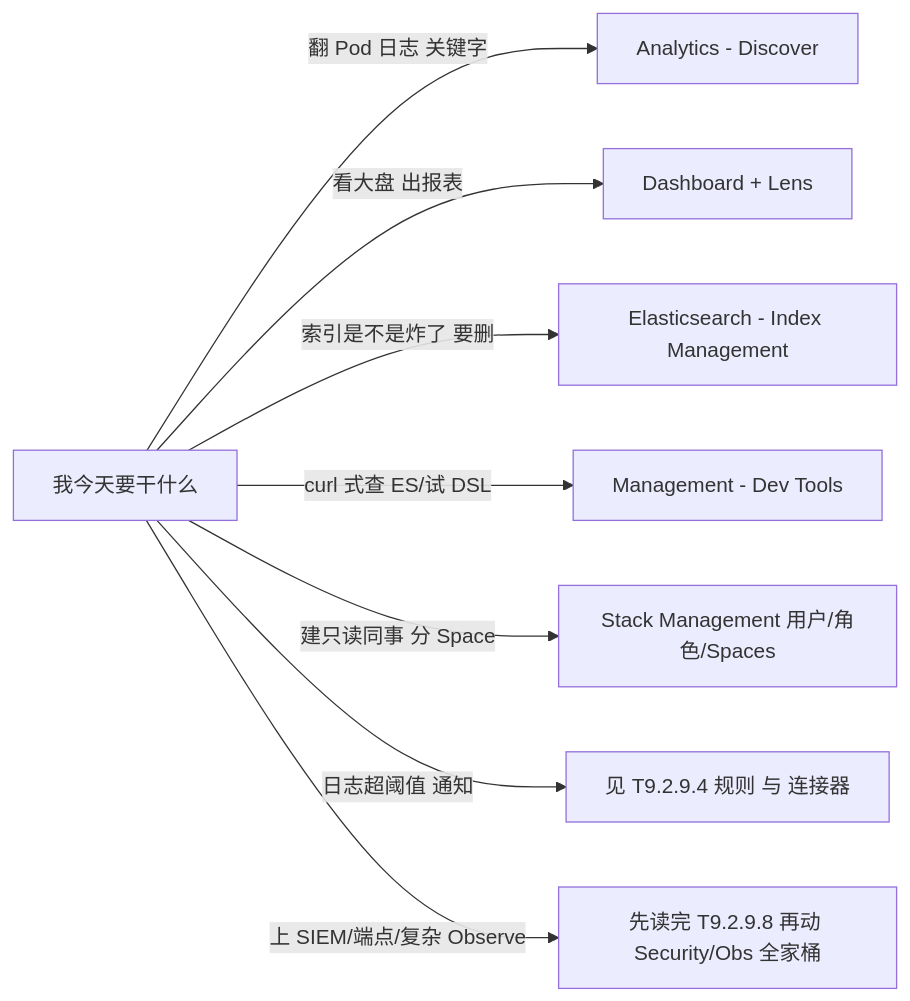
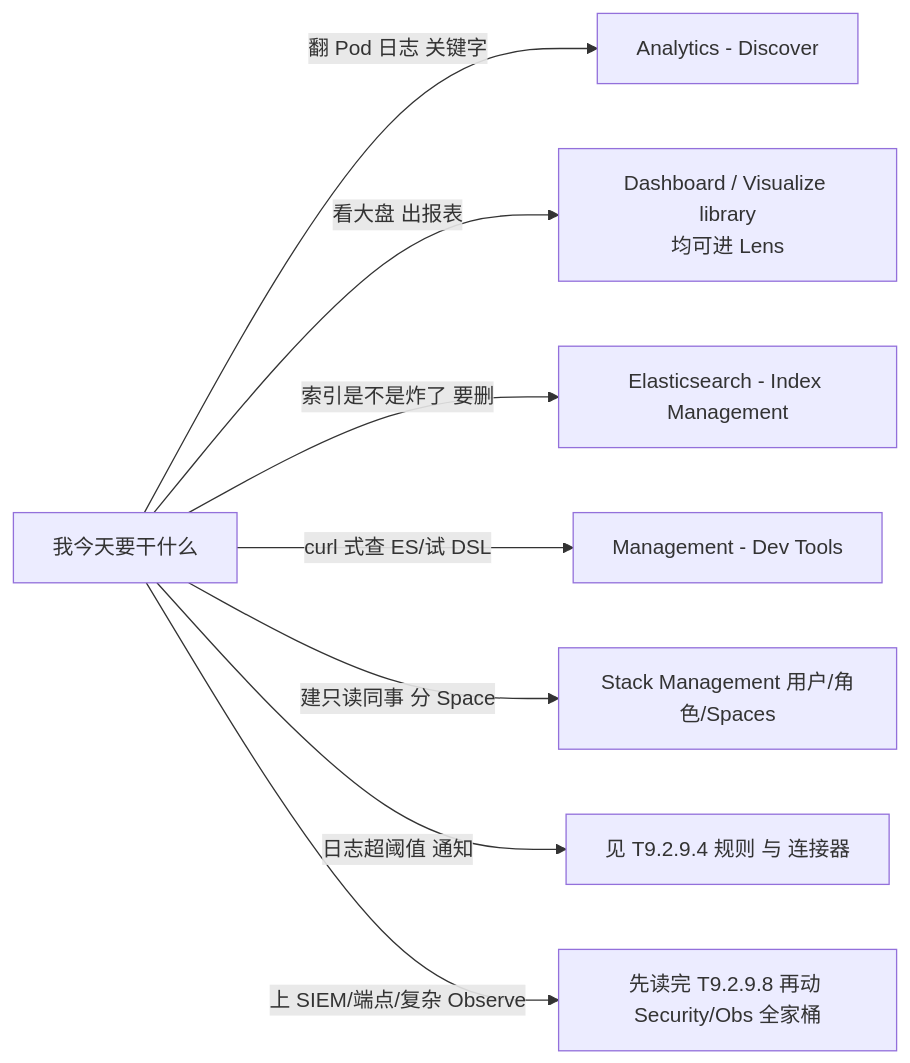
Diagram 16 of 35 in docs/efk/EFK.md (brinnatt/kubeauto), drawn with Mermaid before and after one commit. The commit also changed other lines of this file, not shown here.

````diff
--- a/docs/efk/EFK.md
+++ b/docs/efk/EFK.md
@@ -1063,11 +1063,11 @@
 ```mermaid
 flowchart LR
   Q[我今天要干什么]
   Q -->|翻 Pod 日志 关键字| D[Analytics - Discover]
-  Q -->|看大盘 出报表| P[Dashboard + Lens]
+  Q -->|看大盘 出报表| P[Dashboard / Visualize library<br/>均可进 Lens]
   Q -->|索引是不是炸了 要删| I[Elasticsearch - Index Management]
   Q -->|curl 式查 ES/试 DSL| T[Management - Dev Tools]
   Q -->|建只读同事 分 Space| M[Stack Management 用户/角色/Spaces]
   Q -->|日志超阈值 通知| R[见 T9.2.9.4 规则 与 连接器]
   Q -->|上 SIEM/端点/复杂 Observe| X[先读完 T9.2.9.8 再动 Security/Obs 全家桶]
 ```
````
